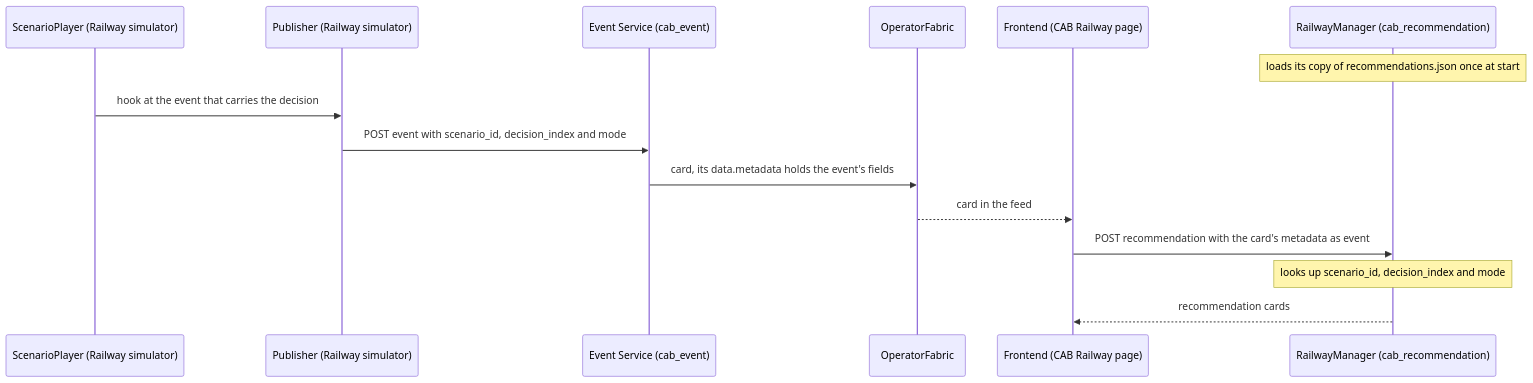
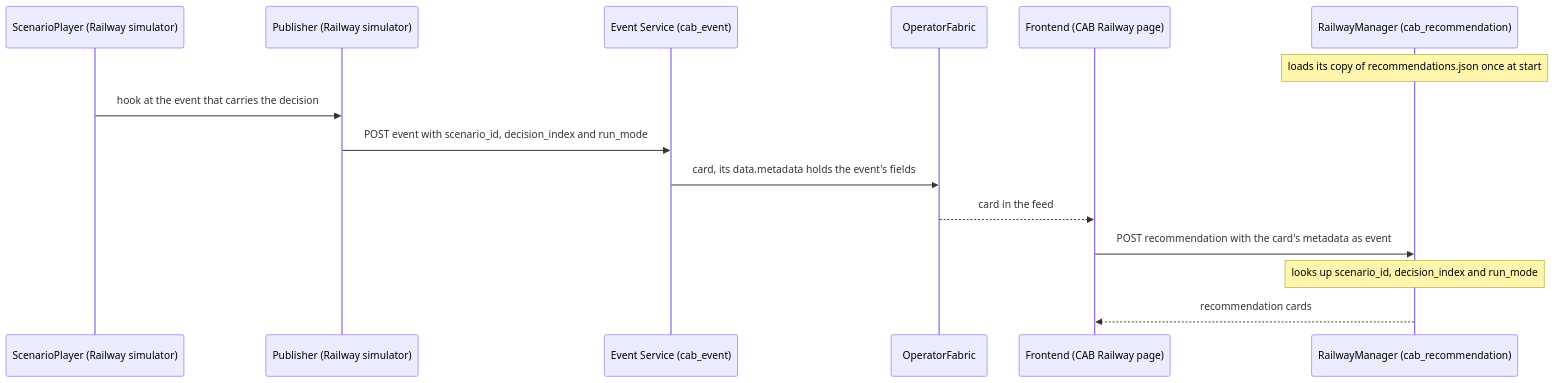
Diagram 11 of 12 in docs/plans/railway-use-case.md (ainetus/InteractiveAI), drawn with Mermaid before and after one commit. The commit also changed other lines of this file, not shown here.

````diff
--- a/docs/plans/railway-use-case.md
+++ b/docs/plans/railway-use-case.md
@@ -1877,17 +1903,17 @@
     ```mermaid
     sequenceDiagram
         participant Player as ScenarioPlayer (Railway simulator)
         participant Pub as Publisher (Railway simulator)
         participant Ev as Event Service (cab_event)
         participant OF as OperatorFabric
         participant FE as Frontend (CAB Railway page)
         participant Rec as RailwayManager (cab_recommendation)
         Note over Rec: loads its copy of recommendations.json once at start
         Player->>Pub: hook at the event that carries the decision
-        Pub->>Ev: POST event with scenario_id, decision_index and mode
+        Pub->>Ev: POST event with scenario_id, decision_index and run_mode
         Ev->>OF: card, its data.metadata holds the event's fields
         OF-->>FE: card in the feed
         FE->>Rec: POST recommendation with the card's metadata as event
-        Note over Rec: looks up scenario_id, decision_index and mode
+        Note over Rec: looks up scenario_id, decision_index and run_mode
         Rec-->>FE: recommendation cards
     ```
````
